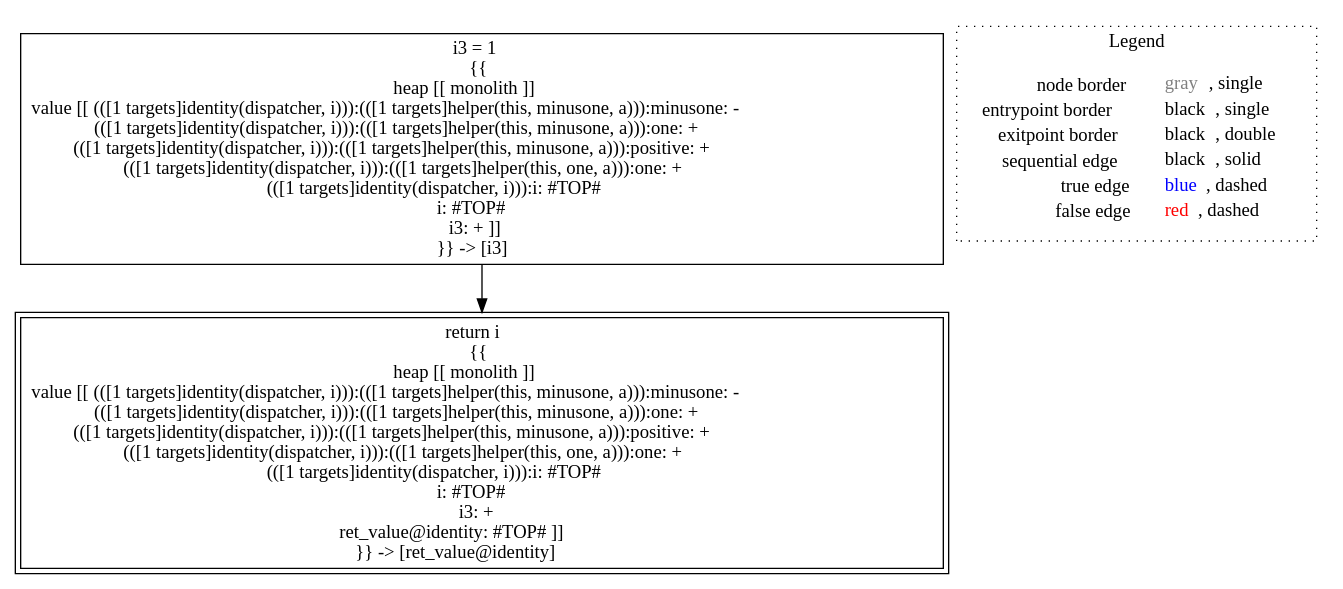
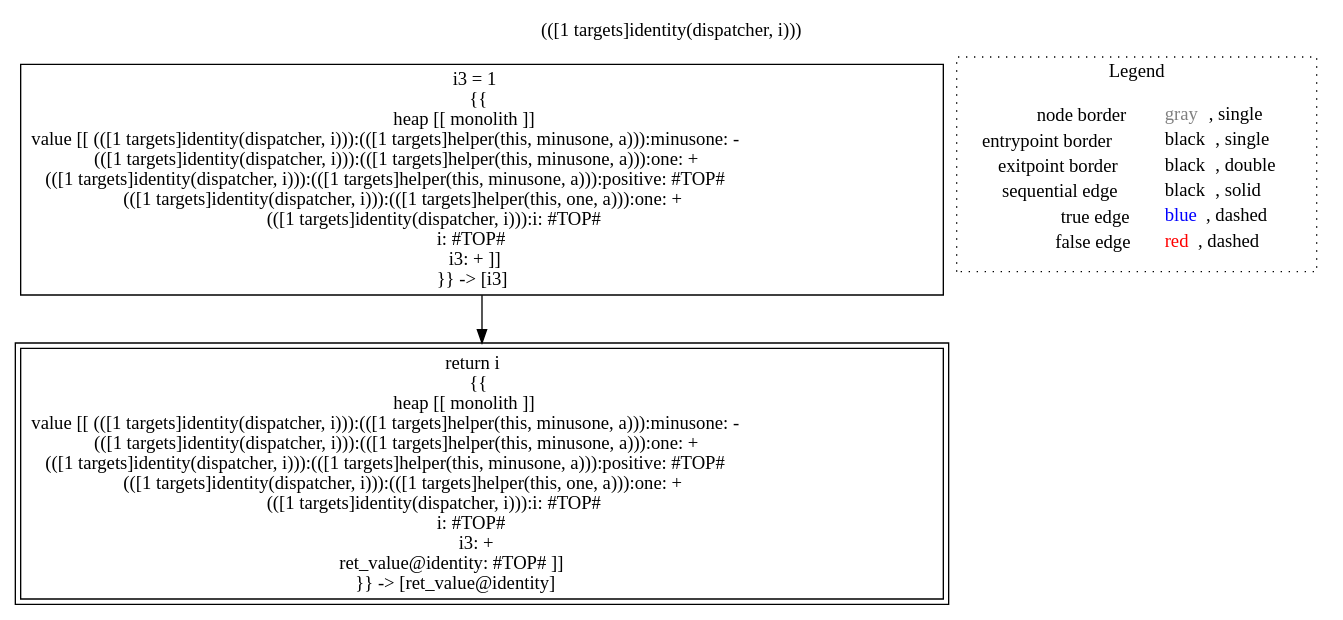
The diagram in lisa/imp-testcases/interprocedural/RTAContextSensitive3/analysis___-719096480_untyped_A.identity(A_this,_untyped_i).dot (lisa-analyzer/lisa), drawn with Graphviz before and after one commit. The commit also changed 12 other files, not shown here.

```diff
--- a/lisa/imp-testcases/interprocedural/RTAContextSensitive3/analysis___-719096480_untyped_A.identity(A_this,_untyped_i).dot
+++ b/lisa/imp-testcases/interprocedural/RTAContextSensitive3/analysis___-719096480_untyped_A.identity(A_this,_untyped_i).dot
@@ -1,12 +1,14 @@
 digraph {
-	"node0" [shape="rect",color="black",label=<i3 = 1<BR/>{{<BR/>heap [[ monolith ]]<BR/>value [[ (([1 targets]identity(dispatcher, i))):(([1 targets]helper(this, minusone, a))):minusone: -<BR/>(([1 targets]identity(dispatcher, i))):(([1 targets]helper(this, minusone, a))):one: +<BR/>(([1 targets]identity(dispatcher, i))):(([1 targets]helper(this, minusone, a))):positive: +<BR/>(([1 targets]identity(dispatcher, i))):(([1 targets]helper(this, one, a))):one: +<BR/>(([1 targets]identity(dispatcher, i))):i: #TOP#<BR/>i: #TOP#<BR/>i3: + ]]<BR/>}} -&gt; [i3]>];
-	"node1" [shape="rect",color="black",peripheries="2",label=<return i<BR/>{{<BR/>heap [[ monolith ]]<BR/>value [[ (([1 targets]identity(dispatcher, i))):(([1 targets]helper(this, minusone, a))):minusone: -<BR/>(([1 targets]identity(dispatcher, i))):(([1 targets]helper(this, minusone, a))):one: +<BR/>(([1 targets]identity(dispatcher, i))):(([1 targets]helper(this, minusone, a))):positive: +<BR/>(([1 targets]identity(dispatcher, i))):(([1 targets]helper(this, one, a))):one: +<BR/>(([1 targets]identity(dispatcher, i))):i: #TOP#<BR/>i: #TOP#<BR/>i3: +<BR/>ret_value@identity: #TOP# ]]<BR/>}} -&gt; [ret_value@identity]>];
+	labelloc="t";
+	label="(([1 targets]identity(dispatcher, i)))";
+	"node0" [shape="rect",color="black",label=<i3 = 1<BR/>{{<BR/>heap [[ monolith ]]<BR/>value [[ (([1 targets]identity(dispatcher, i))):(([1 targets]helper(this, minusone, a))):minusone: -<BR/>(([1 targets]identity(dispatcher, i))):(([1 targets]helper(this, minusone, a))):one: +<BR/>(([1 targets]identity(dispatcher, i))):(([1 targets]helper(this, minusone, a))):positive: #TOP#<BR/>(([1 targets]identity(dispatcher, i))):(([1 targets]helper(this, one, a))):one: +<BR/>(([1 targets]identity(dispatcher, i))):i: #TOP#<BR/>i: #TOP#<BR/>i3: + ]]<BR/>}} -&gt; [i3]>];
+	"node1" [shape="rect",color="black",peripheries="2",label=<return i<BR/>{{<BR/>heap [[ monolith ]]<BR/>value [[ (([1 targets]identity(dispatcher, i))):(([1 targets]helper(this, minusone, a))):minusone: -<BR/>(([1 targets]identity(dispatcher, i))):(([1 targets]helper(this, minusone, a))):one: +<BR/>(([1 targets]identity(dispatcher, i))):(([1 targets]helper(this, minusone, a))):positive: #TOP#<BR/>(([1 targets]identity(dispatcher, i))):(([1 targets]helper(this, one, a))):one: +<BR/>(([1 targets]identity(dispatcher, i))):i: #TOP#<BR/>i: #TOP#<BR/>i3: +<BR/>ret_value@identity: #TOP# ]]<BR/>}} -&gt; [ret_value@identity]>];
 	"node0" -> "node1" [color="black"];
 subgraph cluster_legend {
 	label="Legend";
 	style=dotted;
 	node [shape=plaintext];
 	"legend" [label=<<table border="0" cellpadding="2" cellspacing="0" cellborder="0"><tr><td align="right">node border&nbsp;</td><td align="left"><font color="gray">gray</font>, single</td></tr><tr><td align="right">entrypoint border&nbsp;</td><td align="left"><font color="black">black</font>, single</td></tr><tr><td align="right">exitpoint border&nbsp;</td><td align="left"><font color="black">black</font>, double</td></tr><tr><td align="right">sequential edge&nbsp;</td><td align="left"><font color="black">black</font>, solid</td></tr><tr><td align="right">true edge&nbsp;</td><td align="left"><font color="blue">blue</font>, dashed</td></tr><tr><td align="right">false edge&nbsp;</td><td align="left"><font color="red">red</font>, dashed</td></tr></table>>];
 }
 
 }
```
